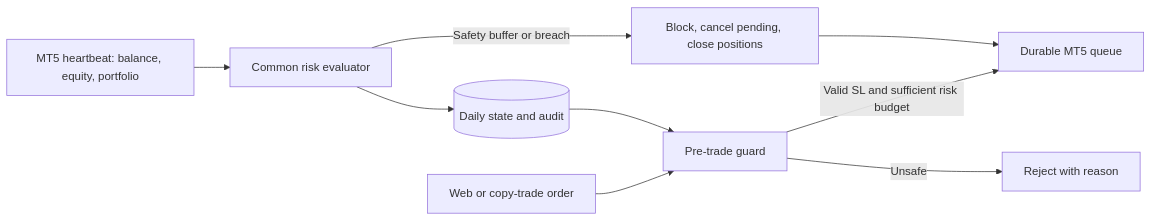
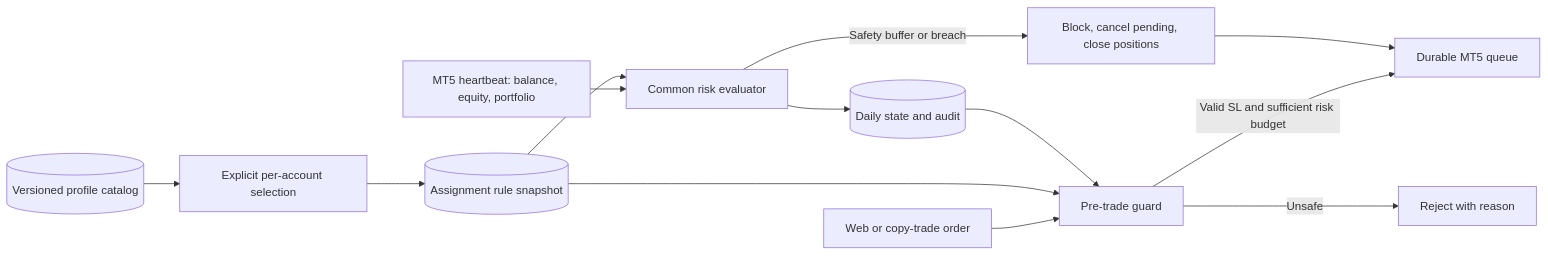
Before and after one commit to DEVfancybear/MarketLens: the diagram in docs/PROP_RISK_GUARD.md, drawn with Mermaid. The commit also changed other lines of this file and 11 other files, not shown here.

````diff
--- a/docs/PROP_RISK_GUARD.md
+++ b/docs/PROP_RISK_GUARD.md
@@ -35,11 +39,15 @@
 ```mermaid
 flowchart LR
+    C[("Versioned profile catalog")] --> U["Explicit per-account selection"]
+    U --> R[("Assignment rule snapshot")]
     H["MT5 heartbeat: balance, equity, portfolio"] --> E["Common risk evaluator"]
     W["Web or copy-trade order"] --> P["Pre-trade guard"]
+    R --> E
+    R --> P
     E --> S[("Daily state and audit")]
     S --> P
     P -->|"Valid SL and sufficient risk budget"| Q["Durable MT5 queue"]
     P -->|"Unsafe"| X["Reject with reason"]
     E -->|"Safety buffer or breach"| A["Block, cancel pending, close positions"]
     A --> Q
 ```
````
